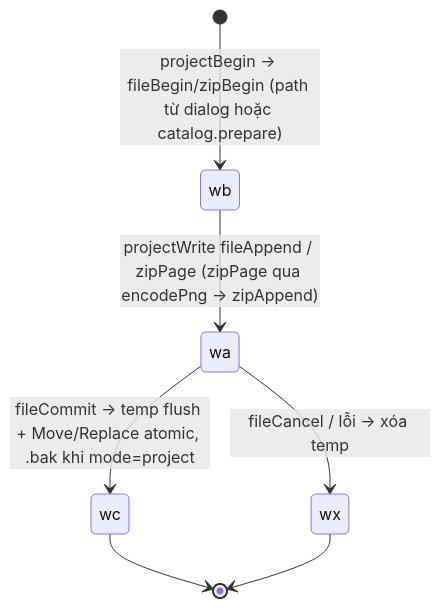
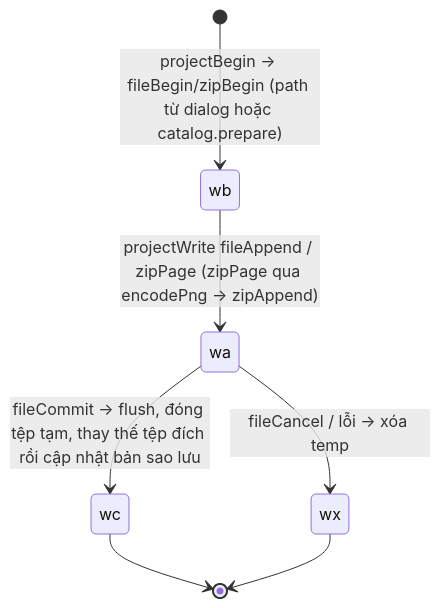
One commit to ArturLauche/Nixio changed the fourth of 6 diagrams in docs/architecture.md. Above: the diagram before and after it, drawn with Mermaid. The commit also changed other lines of this file, not shown here.

Commit message:
Document native primary and backup publication order

````diff
--- a/docs/architecture.md
+++ b/docs/architecture.md
@@ -120,9 +120,9 @@
 ```mermaid
 stateDiagram-v2
     [*] --> wb: projectBegin → fileBegin/zipBegin (path từ dialog hoặc catalog.prepare)
     wb --> wa: projectWrite fileAppend / zipPage (zipPage qua encodePng → zipAppend)
-    wa --> wc: fileCommit → temp flush + Move/Replace atomic, .bak khi mode=project
+    wa --> wc: fileCommit → flush, đóng tệp tạm, thay thế tệp đích rồi cập nhật bản sao lưu
     wa --> wx: fileCancel / lỗi → xóa temp
     wc --> [*]
     wx --> [*]
 ```
````
